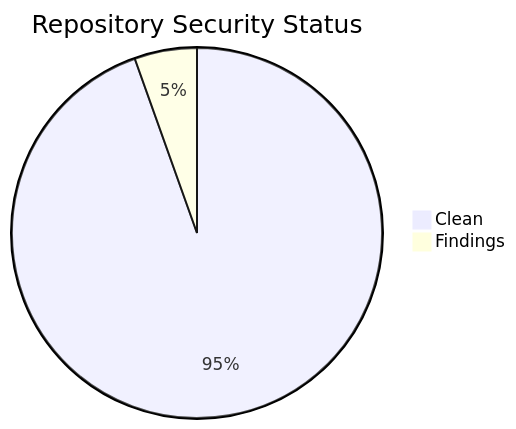
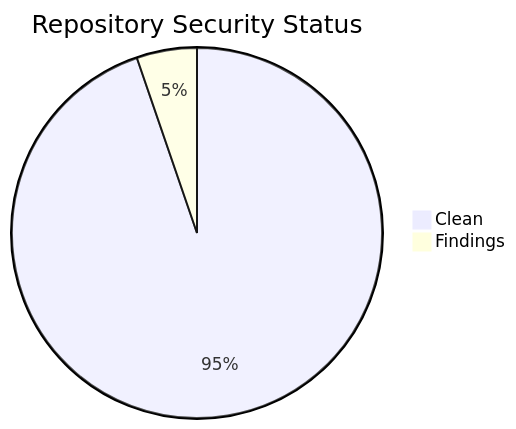
The second of 2 diagrams in projects/status.md (icepaule/icepaule.github.io), drawn with Mermaid before and after one commit. The commit also changed other lines of this file and 51 other files, not shown here.

````diff
--- a/projects/status.md
+++ b/projects/status.md
@@ -118,5 +120,5 @@
 ```mermaid
 pie title Repository Security Status
-    "Clean" : 52
+    "Clean" : 54
     "Findings" : 3
 ```
````
